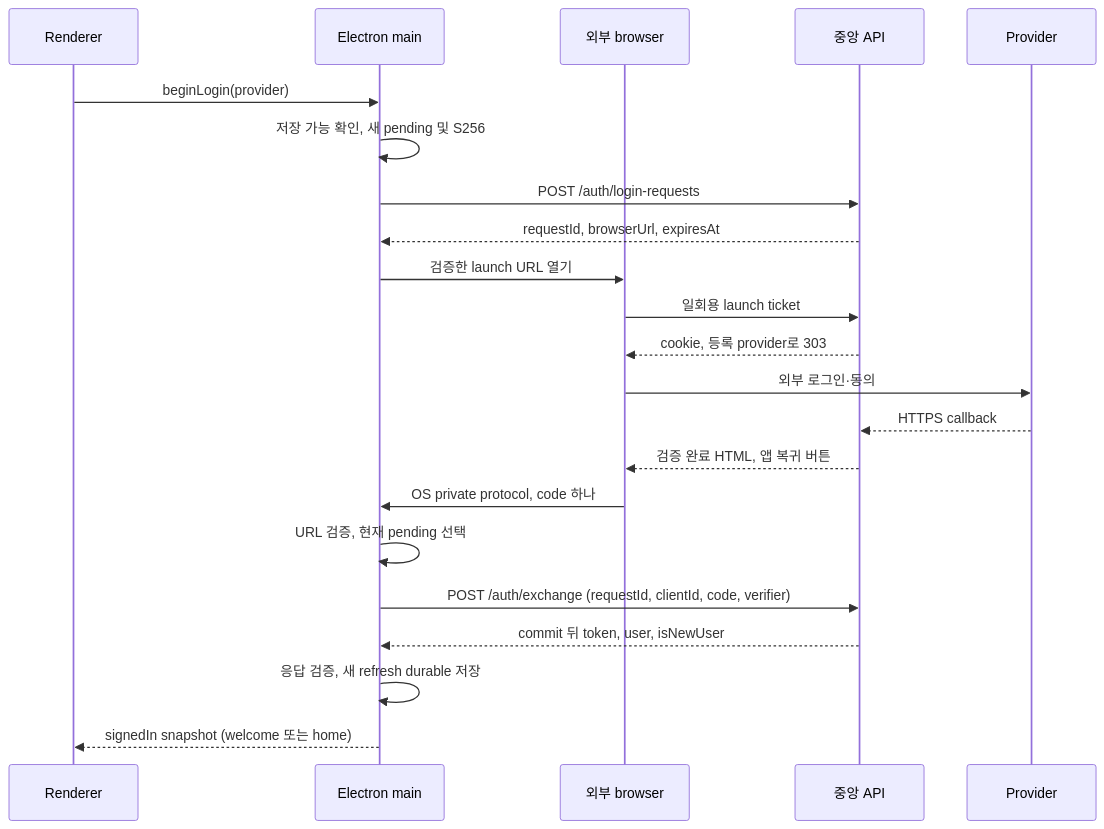
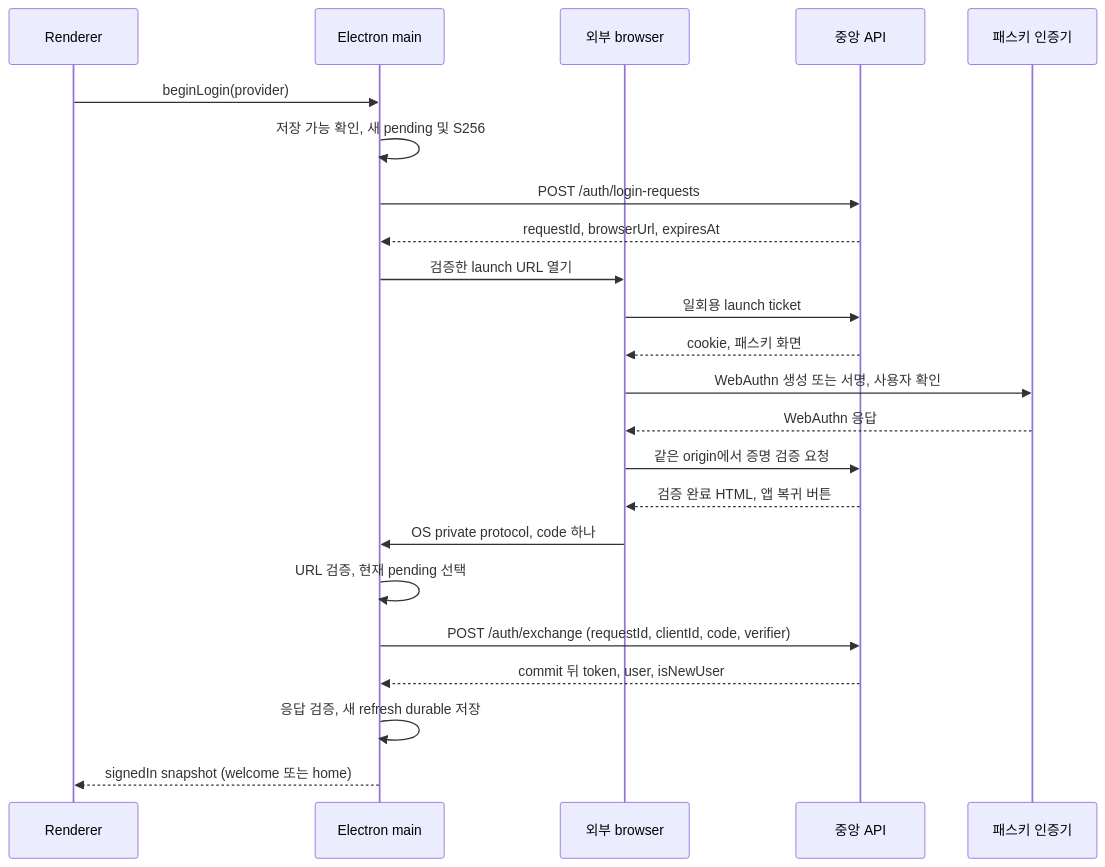
Before and after one commit to blahaj94/dfragon: the diagram in docs/rules/desktop-auth-lifecycle.md, drawn with Mermaid. The commit also changed other lines of this file and 29 other files, not shown here.

````diff
--- a/docs/rules/desktop-auth-lifecycle.md
+++ b/docs/rules/desktop-auth-lifecycle.md
@@ -46,24 +46,25 @@
 ```mermaid
 sequenceDiagram
     participant R as Renderer
     participant M as Electron main
     participant B as 외부 browser
     participant A as 중앙 API
-    participant P as Provider
+    participant P as 패스키 인증기
     R->>M: beginLogin(provider)
     M->>M: 저장 가능 확인, 새 pending 및 S256
     M->>A: POST /auth/login-requests
     A-->>M: requestId, browserUrl, expiresAt
     M->>B: 검증한 launch URL 열기
     B->>A: 일회용 launch ticket
-    A-->>B: cookie, 등록 provider로 303
-    B->>P: 외부 로그인·동의
-    P-->>A: HTTPS callback
+    A-->>B: cookie, 패스키 화면
+    B->>P: WebAuthn 생성 또는 서명, 사용자 확인
+    P-->>B: WebAuthn 응답
+    B->>A: 같은 origin에서 증명 검증 요청
     A-->>B: 검증 완료 HTML, 앱 복귀 버튼
     B->>M: OS private protocol, code 하나
     M->>M: URL 검증, 현재 pending 선택
     M->>A: POST /auth/exchange (requestId, clientId, code, verifier)
     A-->>M: commit 뒤 token, user, isNewUser
     M->>M: 응답 검증, 새 refresh durable 저장
     M-->>R: signedIn snapshot (welcome 또는 home)
 ```
````
